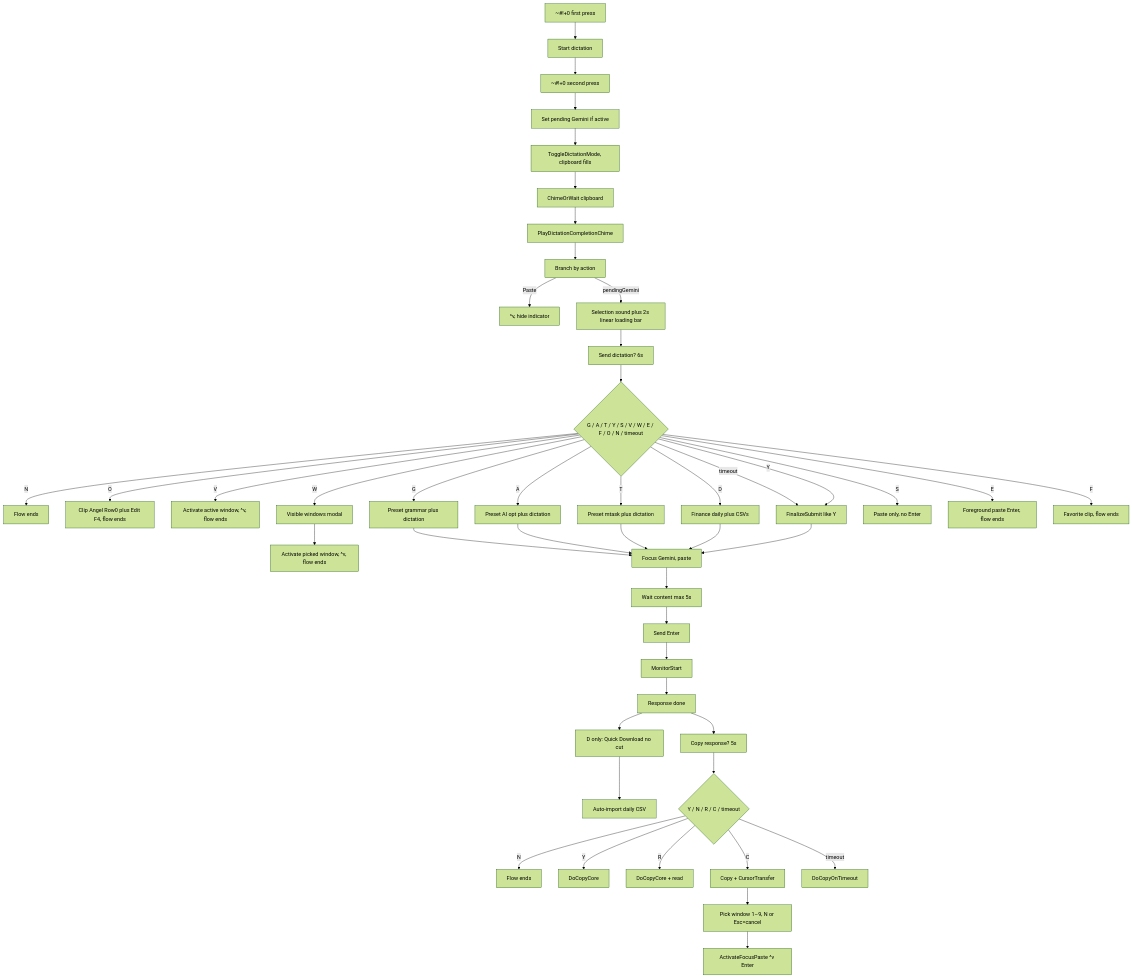
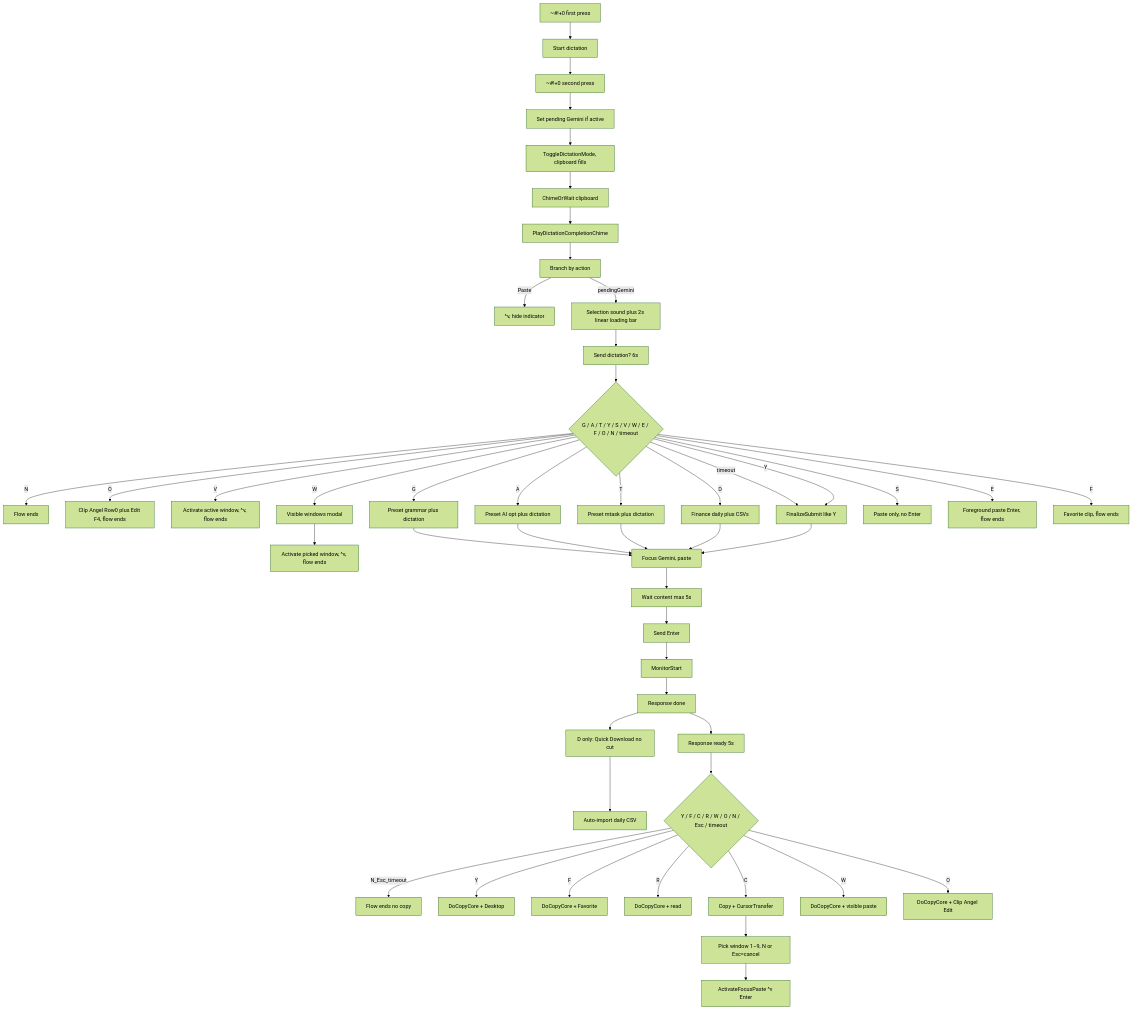
The first of 2 diagrams in docs/dictation-to-gemini-cursor-flow.md (duducm2/scripts), drawn with Mermaid (forest theme) before and after one commit. The commit also changed other lines of this file and 7 other files, not shown here.

````diff
--- a/docs/dictation-to-gemini-cursor-flow.md
+++ b/docs/dictation-to-gemini-cursor-flow.md
@@ -24,50 +24,52 @@
 ```mermaid
 flowchart TB
     H0["~#!+0 first press"]
     H0 --> StartDict["Start dictation"]
     StartDict --> H0Stop["~#!+0 second press"]
     H0Stop --> SetPending["Set pending Gemini if active"]
     SetPending --> ToggleMode["ToggleDictationMode, clipboard fills"]
     ToggleMode --> WaitClip["ChimeOrWait clipboard"]
     WaitClip --> PlayChime["PlayDictationCompletionChime"]
     PlayChime --> Branch["Branch by action"]
     Branch --> |"Paste"| PasteOnly["^v, hide indicator"]
     Branch --> |"pendingGemini"| PreMenu["Selection sound plus 2s linear loading bar"]
     PreMenu --> ShowAndWait["Send dictation? 6s"]
     ShowAndWait --> User6s{"G / A / T / Y / S / V / W / E / F / O / N / timeout"}
     User6s --> |"N"| Stop6s["Flow ends"]
     User6s --> |"O"| ClipAngelOpen["Clip Angel Row0 plus Edit F4, flow ends"]
     User6s --> |"V"| PasteOrig["Activate active window, ^v, flow ends"]
     User6s --> |"W"| VisiblePick["Visible windows modal"]
     VisiblePick --> PasteVisible["Activate picked window, ^v, flow ends"]
     User6s --> |"timeout"| Finalize["FinalizeSubmit like Y"]
     User6s --> |"Y"| Finalize
     User6s --> |"G"| FinalizePreset["Preset grammar plus dictation"]
     User6s --> |"A"| FinalizeAiopt["Preset AI opt plus dictation"]
     User6s --> |"T"| FinalizeMtask["Preset mtask plus dictation"]
     User6s --> |"D"| FinalizeFinance["Finance daily plus CSVs"]
     FinalizePreset --> PasteGemini
     FinalizeAiopt --> PasteGemini
     FinalizeMtask --> PasteGemini
     FinalizeFinance --> PasteGemini
     User6s --> |"S"| PasteOnly6s["Paste only, no Enter"]
     User6s --> |"E"| PasteSendHere["Foreground paste Enter, flow ends"]
     User6s --> |"F"| FavoriteClip["Favorite clip, flow ends"]
     Finalize --> PasteGemini["Focus Gemini, paste"]
     PasteGemini --> WaitContent["Wait content max 5s"]
     WaitContent --> SendEnter["Send Enter"]
     SendEnter --> StartMonitor["MonitorStart"]
     StartMonitor --> ResponseDone["Response done"]
-    ResponseDone --> BannerCopy["Copy response? 5s"]
+    ResponseDone --> BannerCopy["Response ready 5s"]
     ResponseDone --> WaitFinance["D only: Quick Download no cut"]
     WaitFinance --> ImportDaily["Auto-import daily CSV"]
-    BannerCopy --> UserCopy{"Y / N / R / C / timeout"}
-    UserCopy --> |"N"| StopCopy["Flow ends"]
-    UserCopy --> |"Y"| DoCopyOnly["DoCopyCore"]
+    BannerCopy --> UserCopy{"Y / F / C / R / W / O / N / Esc / timeout"}
+    UserCopy --> |"N_Esc_timeout"| StopCopy["Flow ends no copy"]
+    UserCopy --> |"Y"| DoDesktop["DoCopyCore + Desktop"]
+    UserCopy --> |"F"| DoFavorite["DoCopyCore + Favorite"]
     UserCopy --> |"R"| DoCopyRead["DoCopyCore + read"]
     UserCopy --> |"C"| DoTransfer["Copy + CursorTransfer"]
-    UserCopy --> |"timeout"| DoCopyTimeout["DoCopyOnTimeout"]
+    UserCopy --> |"W"| DoPasteWin["DoCopyCore + visible paste"]
+    UserCopy --> |"O"| DoClipAngel["DoCopyCore + Clip Angel Edit"]
 
     DoTransfer --> SelectWin["Pick window 1–9, N or Esc=cancel"]
     SelectWin --> ActivatePaste["ActivateFocusPaste ^v Enter"]
 ```
````
